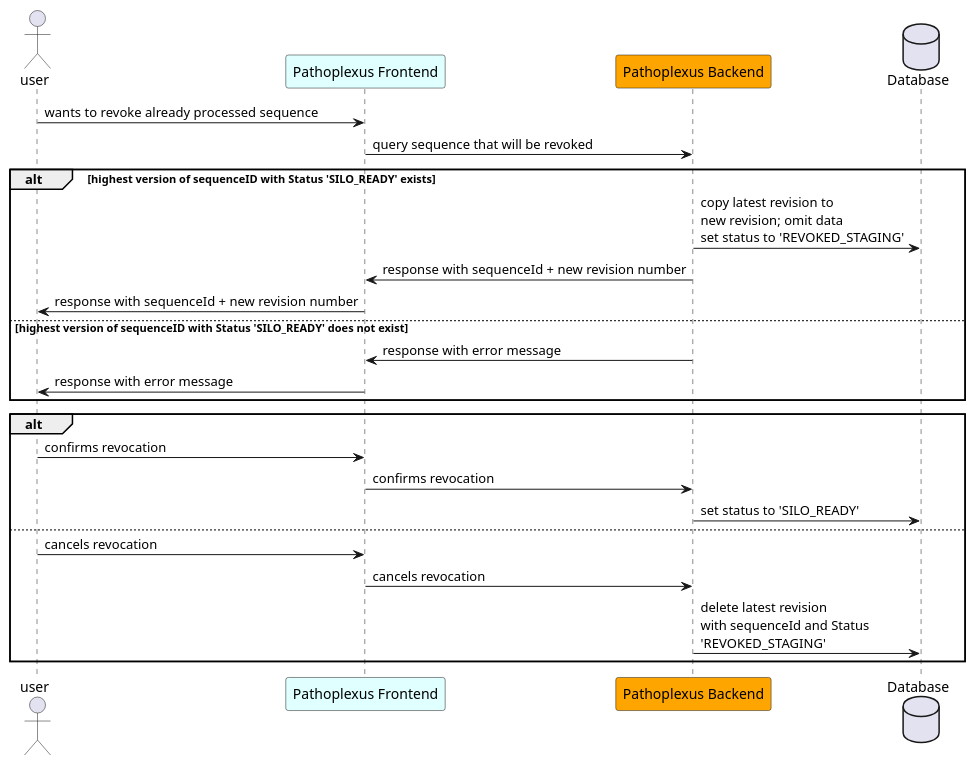
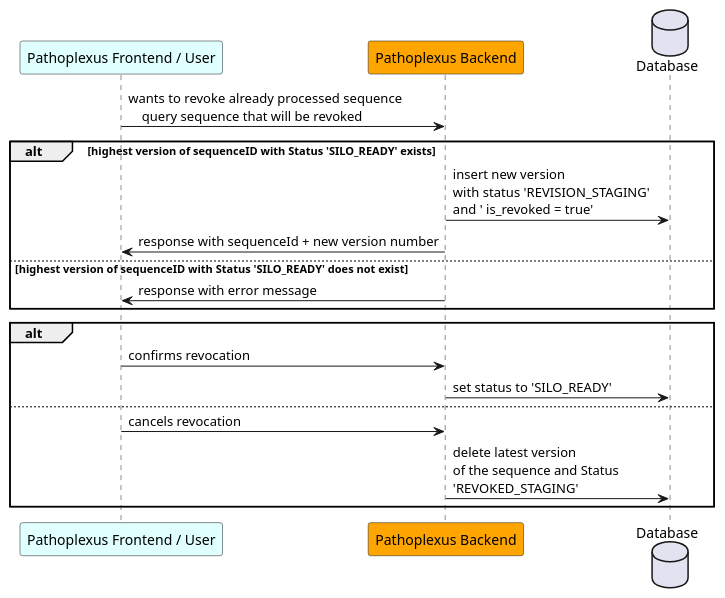
The diagram in backend/docs/plantuml/sequenceRevocation.puml (loculus-project/loculus), drawn with PlantUML before and after one commit. The commit also changed 2 other files, not shown here.

Commit message:
docs(backend): adapt sequence diagrams for revocation and revision

```diff
--- a/backend/docs/plantuml/sequenceRevocation.puml
+++ b/backend/docs/plantuml/sequenceRevocation.puml
@@ -1,29 +1,23 @@
 @startuml
-    actor user
-    participant "Pathoplexus Frontend" as frontend #LightCyan
+    participant "Pathoplexus Frontend / User" as frontend #LightCyan
     participant "Pathoplexus Backend" as backend #Orange
     database "Database" as DB
 
-    user -> frontend: wants to revoke already processed sequence
-
-        frontend -> backend: query sequence that will be revoked
+    frontend -> backend: wants to revoke already processed sequence\n\
+    query sequence that will be revoked
 
      alt highest version of sequenceID with Status 'SILO_READY' exists
-        backend -> DB: copy latest revision to \nnew revision; omit data \nset status to 'REVOKED_STAGING'
-    backend -> frontend: response with sequenceId + new revision number
-    frontend -> user: response with sequenceId + new revision number
+        backend -> DB: insert new version\nwith status 'REVISION_STAGING' \nand ' is_revoked = true'
+    backend -> frontend: response with sequenceId + new version number
     else highest version of sequenceID with Status 'SILO_READY' does not exist
         backend -> frontend: response with error message
-        frontend -> user: response with error message
     end
 
     alt
-        user -> frontend: confirms revocation
         frontend -> backend: confirms revocation
         backend -> DB: set status to 'SILO_READY'
     else
-        user -> frontend: cancels revocation
         frontend -> backend: cancels revocation
-        backend -> DB: delete latest revision \nwith sequenceId and Status \n'REVOKED_STAGING'
+        backend -> DB: delete latest version \nof the sequence and Status \n'REVOKED_STAGING'
     end
 @enduml
```
